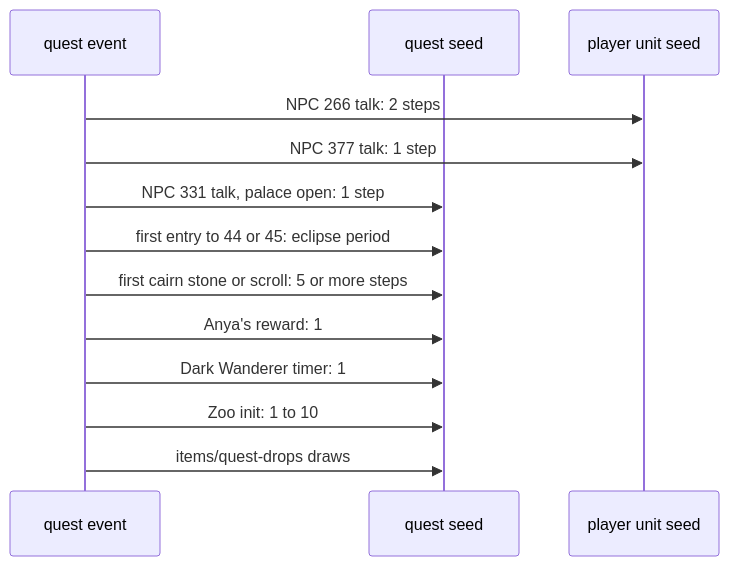
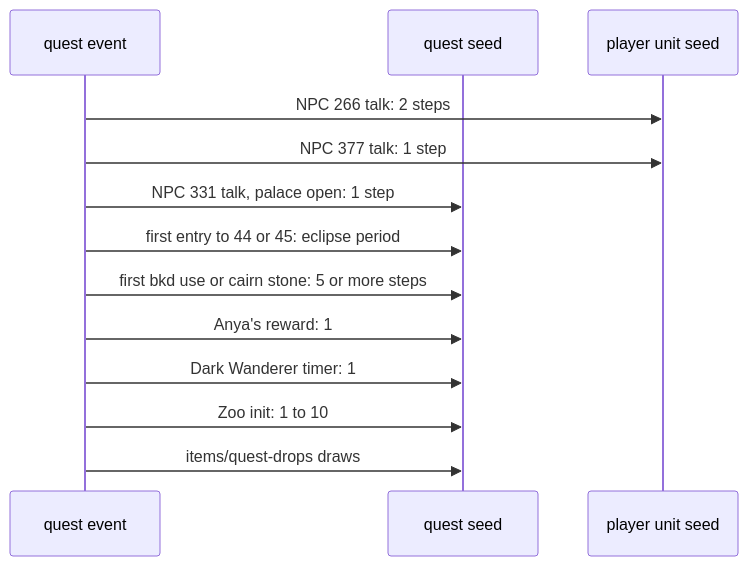
Before and after one commit to IgorKonovalov/diablo-2-recompilation: the fifth of 40 diagrams in docs/specs/quests/progression.md, drawn with Mermaid. The commit also changed other lines of this file and 10 other files, not shown here.

````diff
--- a/docs/specs/quests/progression.md
+++ b/docs/specs/quests/progression.md
@@ -374,15 +377,15 @@
 ```mermaid
 sequenceDiagram
   participant E as quest event
   participant Q as quest seed
   participant P as player unit seed
   E->>P: NPC 266 talk: 2 steps
   E->>P: NPC 377 talk: 1 step
   E->>Q: NPC 331 talk, palace open: 1 step
   E->>Q: first entry to 44 or 45: eclipse period
-  E->>Q: first cairn stone or scroll: 5 or more steps
+  E->>Q: first bkd use or cairn stone: 5 or more steps
   E->>Q: Anya's reward: 1
   E->>Q: Dark Wanderer timer: 1
   E->>Q: Zoo init: 1 to 10
   E->>Q: items/quest-drops draws
 ```
````
